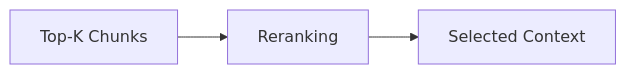
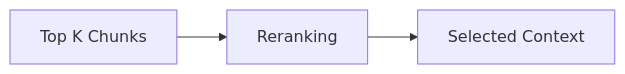
The sixth of 8 diagrams in README.md (neverthesameagain/CleaRAG), drawn with Mermaid before and after one commit. The commit also changed other lines of this file, not shown here.

````diff
--- a/README.md
+++ b/README.md
@@ -144,5 +133,5 @@
 ```mermaid
 flowchart LR
-    A[Top-K Chunks] --> B[Reranking]
+    A[Top K Chunks] --> B[Reranking]
     B --> C[Selected Context]
 ```
````
